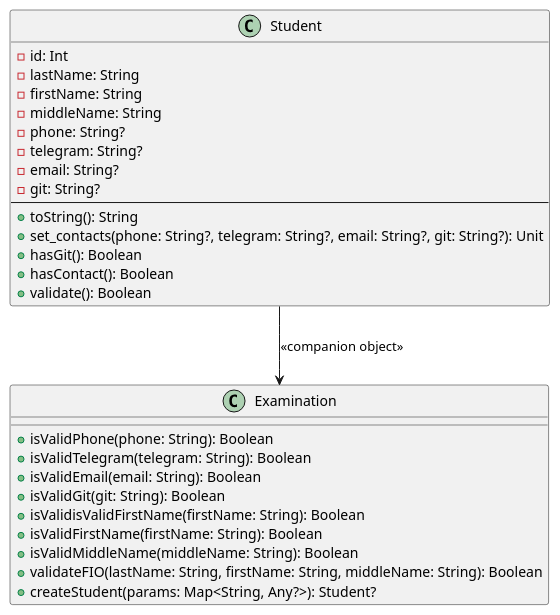
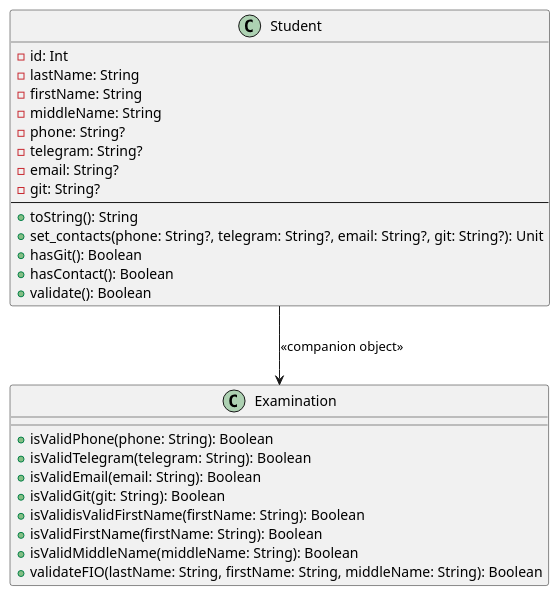
The diagram in LR1 Core classes and models/out/production/LR1 Core classes and models/UML.puml (Sc00taloo/Pattern), drawn with PlantUML before and after one commit. The commit also changed 4 other files, not shown here.

```diff
--- a/LR1 Core classes and models/out/production/LR1 Core classes and models/UML.puml
+++ b/LR1 Core classes and models/out/production/LR1 Core classes and models/UML.puml
@@ -1,30 +1,29 @@
 @startuml
 class Student {
     - id: Int
     - lastName: String
     - firstName: String
     - middleName: String
     - phone: String?
     - telegram: String?
     - email: String?
     - git: String?
     --
     + toString(): String
     + set_contacts(phone: String?, telegram: String?, email: String?, git: String?): Unit
     + hasGit(): Boolean
     + hasContact(): Boolean
     + validate(): Boolean
 }
 class Examination {
     + isValidPhone(phone: String): Boolean
     + isValidTelegram(telegram: String): Boolean
     + isValidEmail(email: String): Boolean
     + isValidGit(git: String): Boolean
     + isValidisValidFirstName(firstName: String): Boolean
     + isValidFirstName(firstName: String): Boolean
     + isValidMiddleName(middleName: String): Boolean
     + validateFIO(lastName: String, firstName: String, middleName: String): Boolean
-    + createStudent(params: Map<String, Any?>): Student?
 }
 Student -down-> Examination : <<companion object>>
 @enduml
```
